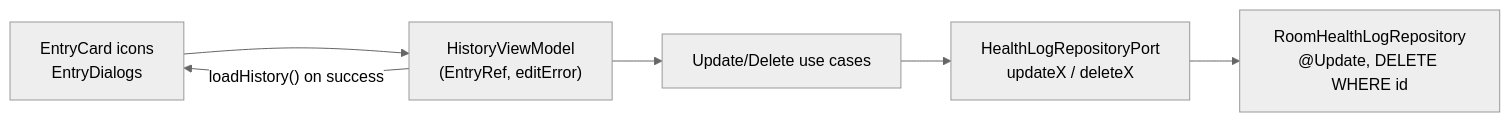
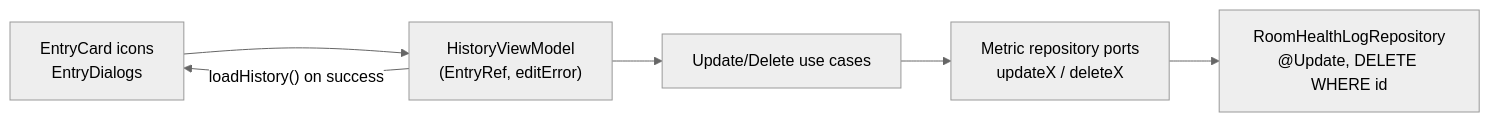
One commit to mannetje/health_journal changed the diagram in docs/adr/0012-edit-and-delete-entries.md. Above: the diagram before and after it, drawn with Mermaid (neutral theme). The commit also changed other lines of this file and 214 other files, not shown here.

````diff
--- a/docs/adr/0012-edit-and-delete-entries.md
+++ b/docs/adr/0012-edit-and-delete-entries.md
@@ -21,8 +21,8 @@
 ```mermaid
 flowchart LR
     UI["EntryCard icons<br/>EntryDialogs"] --> VM["HistoryViewModel<br/>(EntryRef, editError)"]
     VM --> UC["Update/Delete use cases"]
-    UC --> PORT["HealthLogRepositoryPort<br/>updateX / deleteX"]
+    UC --> PORT["Metric repository ports<br/>updateX / deleteX"]
     PORT --> ROOM["RoomHealthLogRepository<br/>@Update, DELETE WHERE id"]
     VM -->|"loadHistory() on success"| UI
 ```
````
